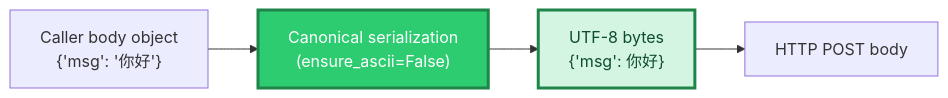
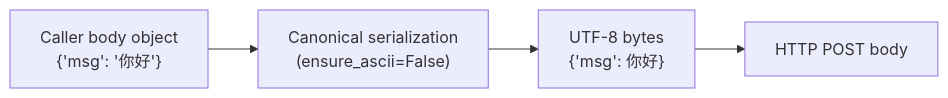
Before and after one commit to PassByYou888/LingoFuse: the tenth of 24 diagrams in Py/lingofuse/Bridge_User_Guide.md, drawn with Mermaid. The commit also changed other lines of this file and 78 other files, not shown here.

````diff
--- a/Py/lingofuse/Bridge_User_Guide.md
+++ b/Py/lingofuse/Bridge_User_Guide.md
@@ -484,9 +489,6 @@
 ```mermaid
 flowchart LR
     BodyObj["Caller body object<br/>{'msg': '你好'}"] --> Ser["Canonical serialization<br/>(ensure_ascii=False)"]
     Ser --> Bytes["UTF-8 bytes<br/>{'msg': 你好}"]
     Bytes --> HTTP["HTTP POST body"]
-
-    style Ser fill:#2ECC71,stroke:#1E8449,stroke-width:3px,color:#FFFFFF
-    style Bytes fill:#D5F5E3,stroke:#1E8449,stroke-width:3px,color:#0E4D2A
 ```
````
